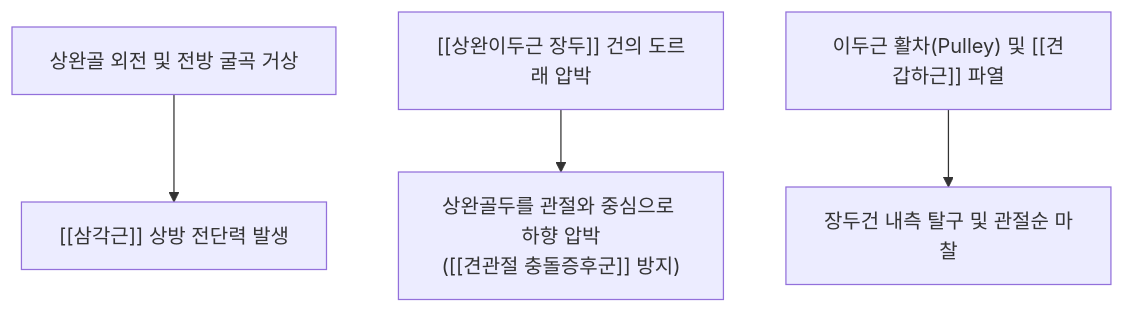
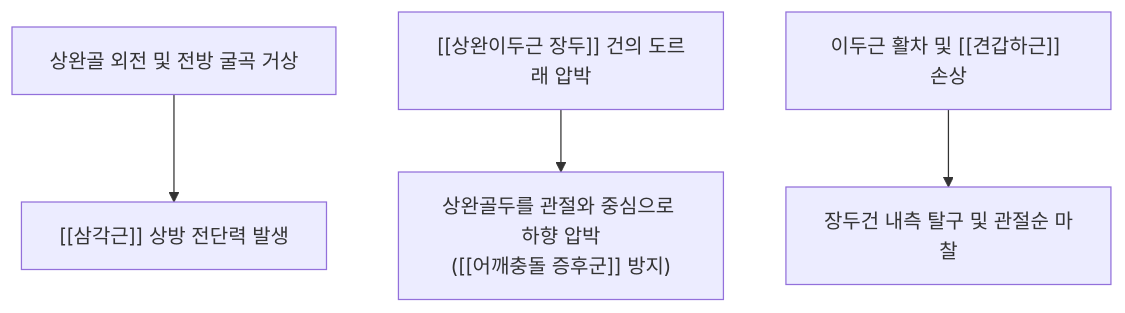
Before and after one commit to simbio11/simbio-digital-garden2: the second of 3 diagrams in content/1. 근골격계 공부/근육/(5) 상완부/상완이두근 장두.md, drawn with Mermaid. The commit also changed other lines of this file and 150 other files, not shown here.

````diff
--- a/content/1. 근골격계 공부/근육/(5) 상완부/상완이두근 장두.md
+++ b/content/1. 근골격계 공부/근육/(5) 상완부/상완이두근 장두.md
@@ -68,7 +70,6 @@
 ```mermaid
 graph TD
     ArmElevation["상완골 외전 및 전방 굴곡 거상"] --> UpwardShear["[[삼각근]] 상방 전단력 발생"]
-    BicepsTendon["[[상완이두근 장두]] 건의 도르래 압박"] --> Centration["상완골두를 관절와 중심으로 하향 압박
-([[견관절 충돌증후군]] 방지)"]
-    PulleyDisruption["이두근 활차(Pulley) 및 [[견갑하근]] 파열"] --> MedialSublux["장두건 내측 탈구 및 관절순 마찰"]
+    BicepsTendon["[[상완이두근 장두]] 건의 도르래 압박"] --> Centration["상완골두를 관절와 중심으로 하향 압박<br>([[어깨충돌 증후군]] 방지)"]
+    PulleyDisruption["이두근 활차 및 [[견갑하근]] 손상"] --> MedialSublux["장두건 내측 탈구 및 관절순 마찰"]
 ```
````
